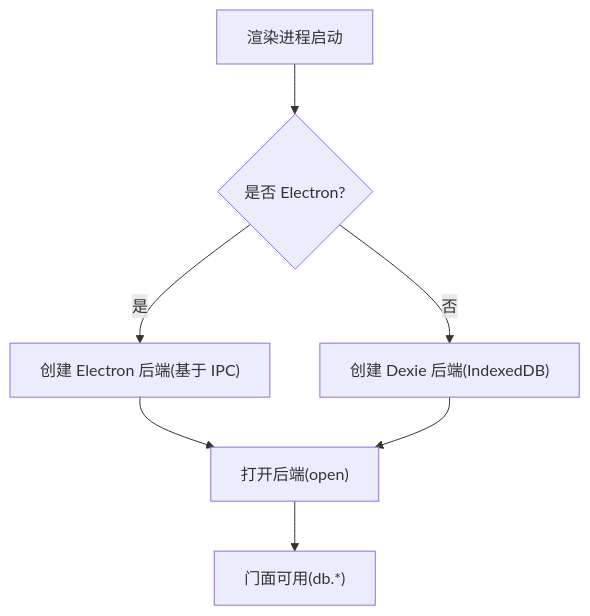
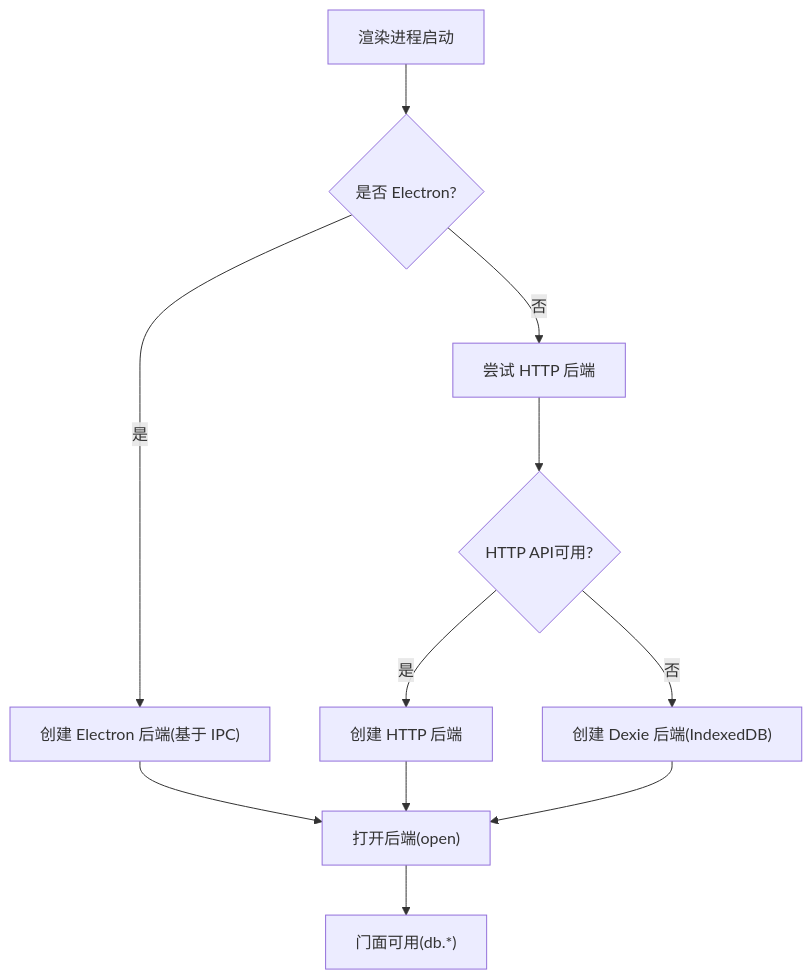
One commit to AlbusWei/AI-Image-Studio changed the fifth of 12 diagrams in .qoder/repowiki/zh/content/架构设计/Electron 桌面应用架构.md. Above: the diagram before and after it, drawn with Mermaid. The commit also changed other lines of this file and 26 other files, not shown here.

First line of the commit message:
fix: 修复 Electron 模式下 Gallery 无法显示图片的 3 个断裂点

````diff
--- a/.qoder/repowiki/zh/content/架构设计/Electron 桌面应用架构.md
+++ b/.qoder/repowiki/zh/content/架构设计/Electron 桌面应用架构.md
@@ -270,9 +314,13 @@
 ```mermaid
 flowchart TD
 Boot["渲染进程启动"] --> Detect{"是否 Electron?"}
 Detect --> |是| UseIPC["创建 Electron 后端(基于 IPC)"]
-Detect --> |否| UseDexie["创建 Dexie 后端(IndexedDB)"]
+Detect --> |否| TryHTTP["尝试 HTTP 后端"]
+TryHTTP --> HTTPCheck{"HTTP API可用?"}
+HTTPCheck --> |是| UseHTTP["创建 HTTP 后端"]
+HTTPCheck --> |否| UseDexie["创建 Dexie 后端(IndexedDB)"]
 UseIPC --> Open["打开后端(open)"]
+UseHTTP --> Open
 UseDexie --> Open
 Open --> Ready["门面可用(db.*)"]
 ```
````
